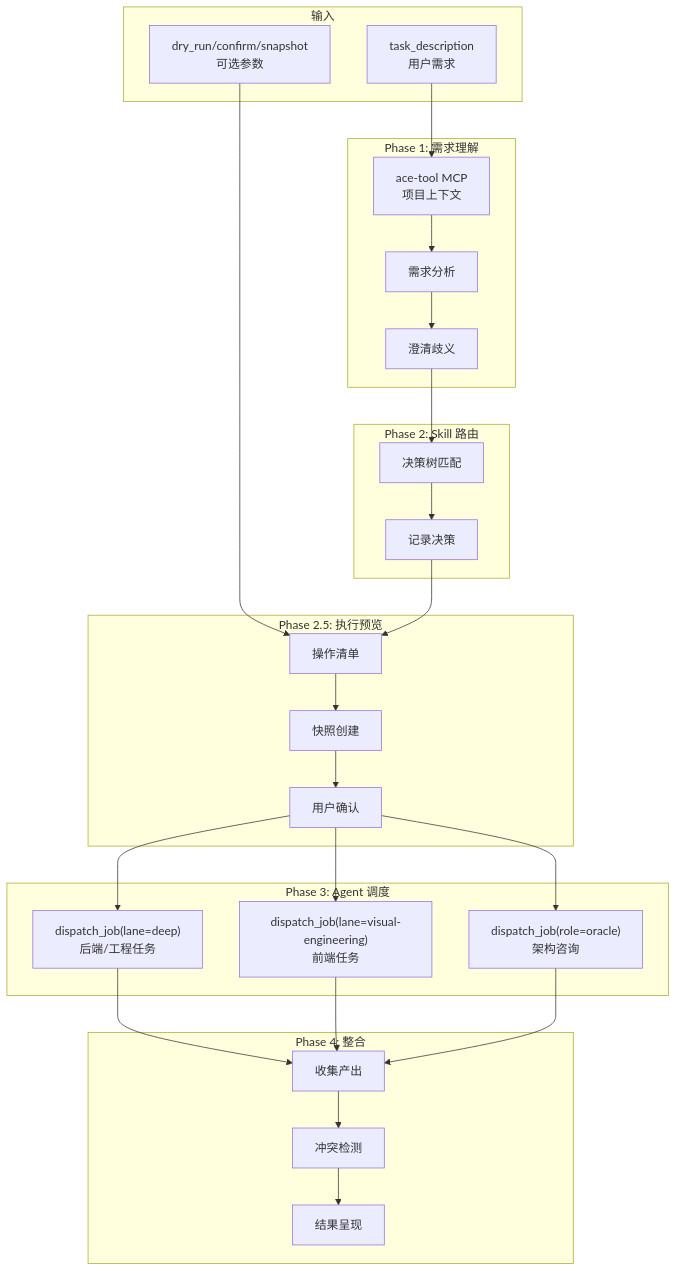
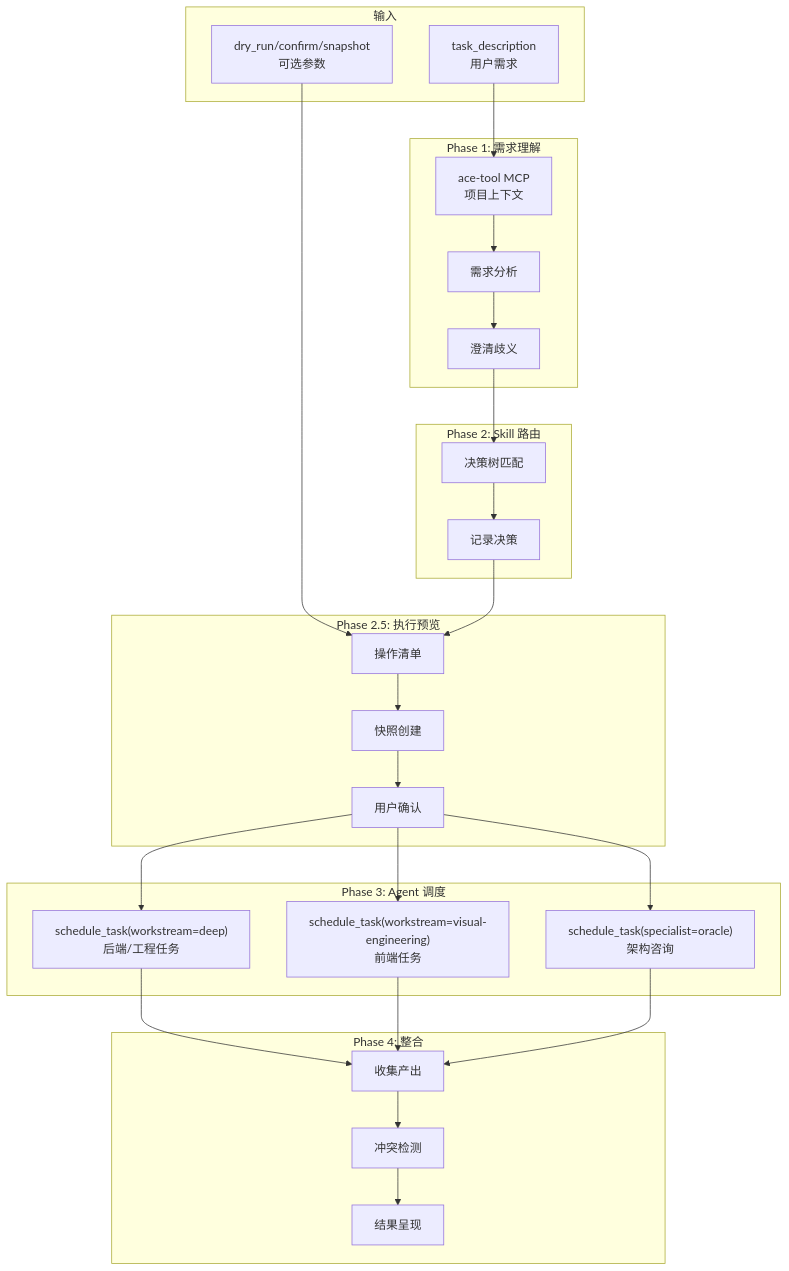
The diagram in arc:exec/CLAUDE.md (iwen-conf/Skills), drawn with Mermaid before and after one commit. The commit also changed other lines of this file and 30 other files, not shown here.

````diff
--- a/arc:exec/CLAUDE.md
+++ b/arc:exec/CLAUDE.md
@@ -201,54 +201,54 @@
 ```mermaid
 graph TD
     subgraph 输入
         TASK["task_description<br/>用户需求"]
         OPT["dry_run/confirm/snapshot<br/>可选参数"]
     end
 
     subgraph Phase1[Phase 1: 需求理解]
         CTX["ace-tool MCP<br/>项目上下文"]
         ANALYZE["需求分析"]
         CLARIFY["澄清歧义"]
     end
 
     subgraph Phase2[Phase 2: Skill 路由]
         ROUTE["决策树匹配"]
         LOG["记录决策"]
     end
 
     subgraph Phase2_5[Phase 2.5: 执行预览]
         PREVIEW["操作清单"]
         SNAP["快照创建"]
         CONFIRM["用户确认"]
     end
 
     subgraph Phase3[Phase 3: Agent 调度]
-        DEEP["dispatch_job(lane=deep)<br/>后端/工程任务"]
-        VIS["dispatch_job(lane=visual-engineering)<br/>前端任务"]
-        ORACLE["dispatch_job(role=oracle)<br/>架构咨询"]
+        DEEP["schedule_task(workstream=deep)<br/>后端/工程任务"]
+        VIS["schedule_task(workstream=visual-engineering)<br/>前端任务"]
+        ORACLE["schedule_task(specialist=oracle)<br/>架构咨询"]
     end
 
     subgraph Phase4[Phase 4: 整合]
         COLLECT["收集产出"]
         CONFLICT["冲突检测"]
         PRESENT["结果呈现"]
     end
 
     TASK --> CTX
     OPT --> PREVIEW
     CTX --> ANALYZE
     ANALYZE --> CLARIFY
     CLARIFY --> ROUTE
     ROUTE --> LOG
     LOG --> PREVIEW
     PREVIEW --> SNAP
     SNAP --> CONFIRM
     CONFIRM --> DEEP
     CONFIRM --> VIS
     CONFIRM --> ORACLE
     DEEP --> COLLECT
     VIS --> COLLECT
     ORACLE --> COLLECT
     COLLECT --> CONFLICT
     CONFLICT --> PRESENT
 ```
````
